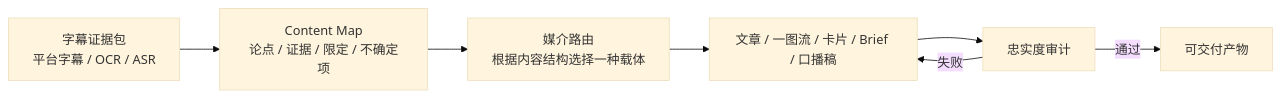
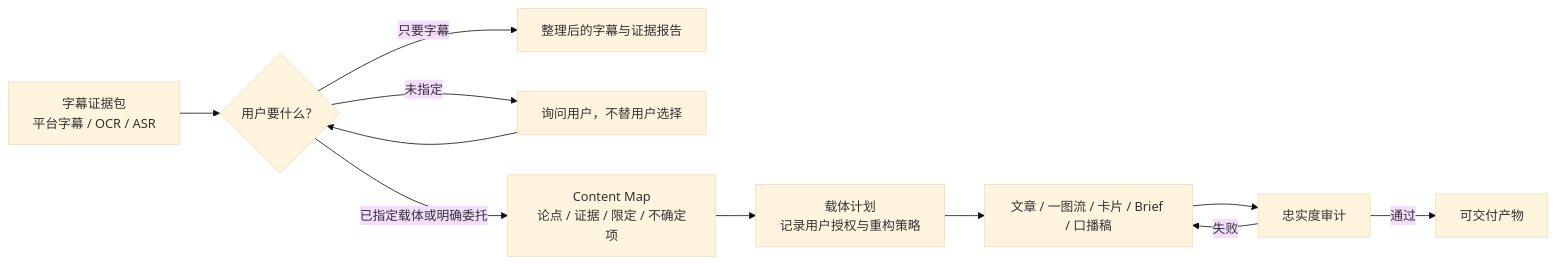
The diagram in docs/content-workflow.md (MindMobius/video-content-skills), drawn with Mermaid (base theme) before and after one commit. The commit also changed other lines of this file and 11 other files, not shown here.

````diff
--- a/docs/content-workflow.md
+++ b/docs/content-workflow.md
@@ -9,9 +12,13 @@
 ```mermaid
 flowchart LR
-    E["字幕证据包<br/>平台字幕 / OCR / ASR"] --> M["Content Map<br/>论点 / 证据 / 限定 / 不确定项"]
-    M --> R["媒介路由<br/>根据内容结构选择一种载体"]
+    E["字幕证据包<br/>平台字幕 / OCR / ASR"] --> Q{"用户要什么？"}
+    Q -->|只要字幕| S["整理后的字幕与证据报告"]
+    Q -->|未指定| W["询问用户，不替用户选择"]
+    W --> Q
+    Q -->|已指定载体或明确委托| M["Content Map<br/>论点 / 证据 / 限定 / 不确定项"]
+    M --> R["载体计划<br/>记录用户授权与重构策略"]
     R --> D["文章 / 一图流 / 卡片 / Brief / 口播稿"]
     D --> A["忠实度审计"]
     A -->|通过| O["可交付产物"]
     A -->|失败| D
 ```
````
